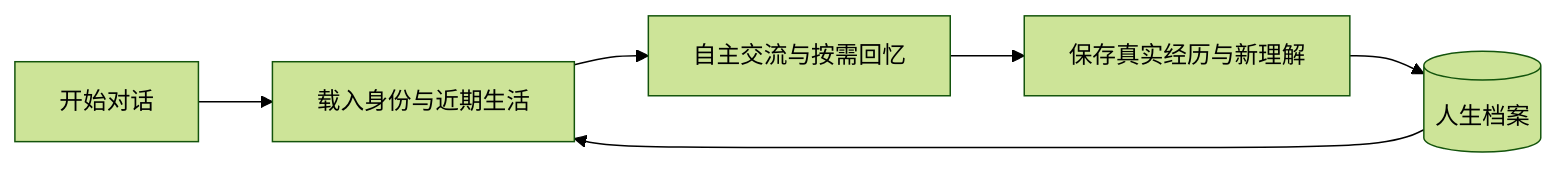
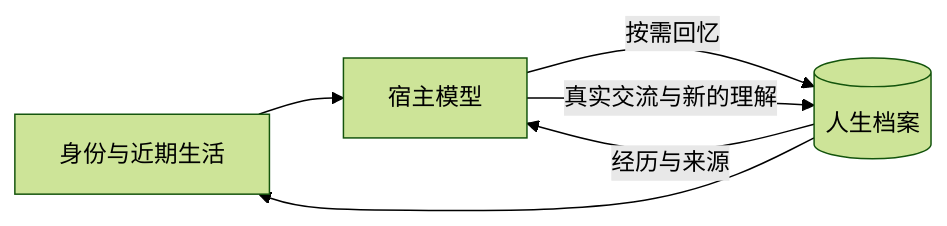
One commit to cyberayang/AnimaSeed changed the diagram in README.md. Above: the diagram before and after it, drawn with Mermaid (forest theme). The commit also changed other lines of this file and 1 other file, not shown here.

````diff
--- a/README.md
+++ b/README.md
@@ -57,8 +48,8 @@
 ```mermaid
 flowchart LR
-    A[开始对话] --> B[载入身份与近期生活]
-    B --> C[自主交流与按需回忆]
-    C --> D[保存真实经历与新理解]
-    D --> E[(人生档案)]
-    E --> B
+    A[身份与近期生活] --> B[宿主模型]
+    B -->|按需回忆| C[(人生档案)]
+    C -->|经历与来源| B
+    B -->|真实交流与新的理解| C
+    C --> A
 ```
````
